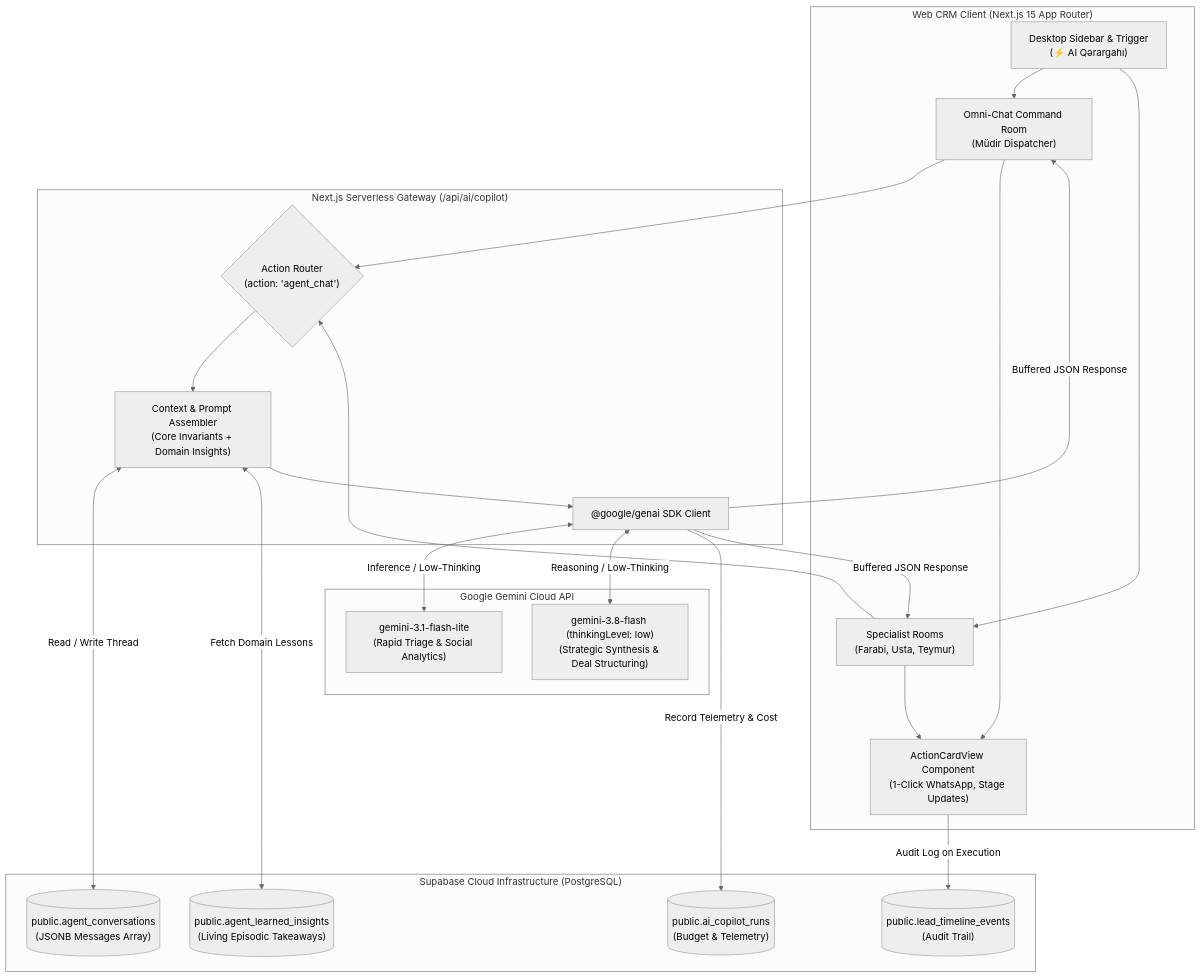
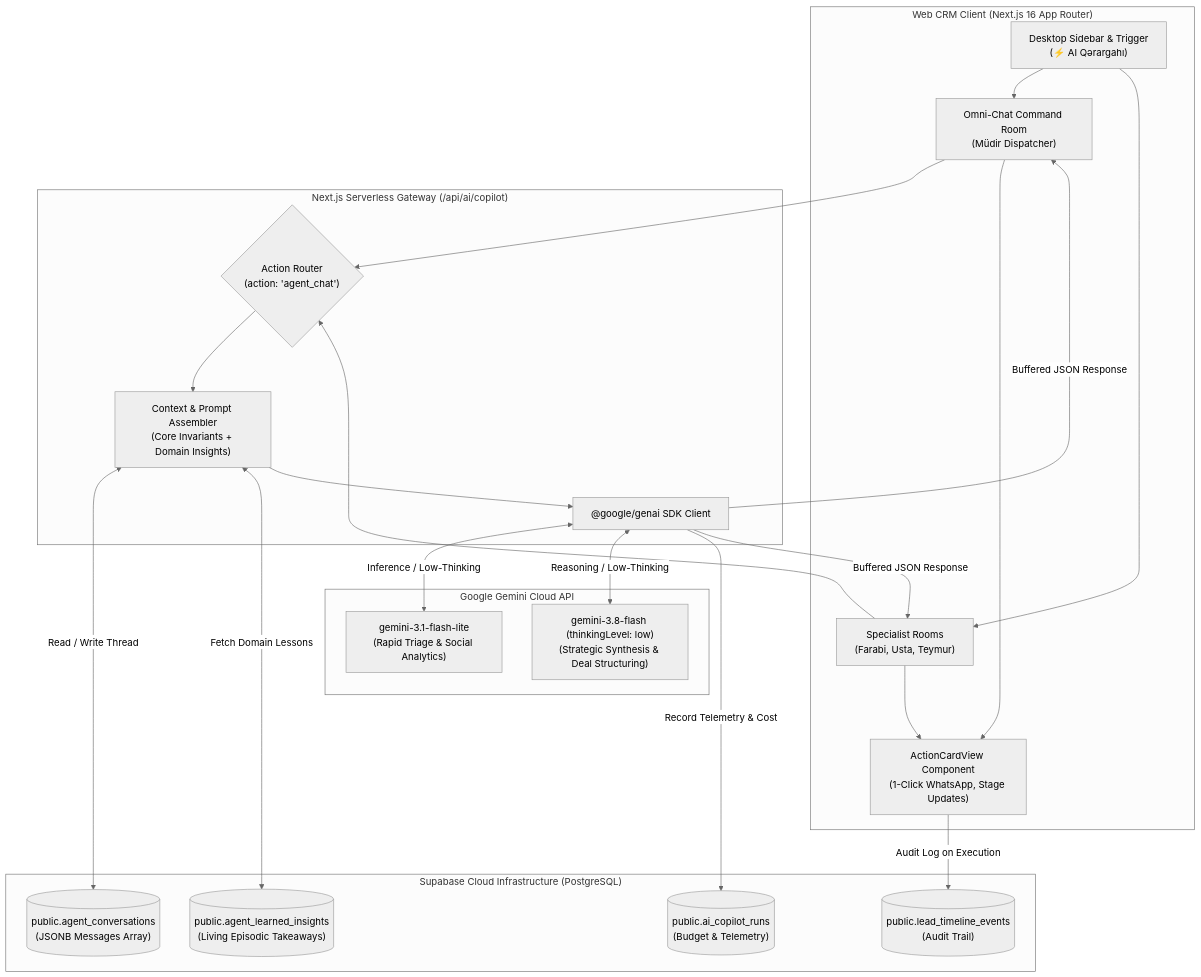
Before and after one commit to fxbluster/BakuEstate-AI: the diagram in docs/designs/baku_estate_executive_agent_hub.md, drawn with Mermaid (neutral theme). The commit also changed other lines of this file and 10 other files, not shown here.

````diff
--- a/docs/designs/baku_estate_executive_agent_hub.md
+++ b/docs/designs/baku_estate_executive_agent_hub.md
@@ -57,44 +57,44 @@
 ```mermaid
 flowchart TD
-    subgraph Client["Web CRM Client (Next.js 15 App Router)"]
+    subgraph Client["Web CRM Client (Next.js 16 App Router)"]
         Sidebar["Desktop Sidebar & Trigger\n(⚡ AI Qərargahı)"]
         OmniChat["Omni-Chat Command Room\n(Müdir Dispatcher)"]
         SpecRooms["Specialist Rooms\n(Farabi, Usta, Teymur)"]
         ActionCardView["ActionCardView Component\n(1-Click WhatsApp, Stage Updates)"]
     end
 
     subgraph Serverless["Next.js Serverless Gateway (/api/ai/copilot)"]
         Router{"Action Router\n(action: 'agent_chat')"}
         PromptBuilder["Context & Prompt Assembler\n(Core Invariants + Domain Insights)"]
         GenAISDK["@google/genai SDK Client"]
     end
 
     subgraph GoogleCloud["Google Gemini Cloud API"]
         FastTier["gemini-3.1-flash-lite\n(Rapid Triage & Social Analytics)"]
         StrongTier["gemini-3.8-flash (thinkingLevel: low)\n(Strategic Synthesis & Deal Structuring)"]
     end
 
     subgraph Supabase["Supabase Cloud Infrastructure (PostgreSQL)"]
         Convs[("public.agent_conversations\n(JSONB Messages Array)")]
         Insights[("public.agent_learned_insights\n(Living Episodic Takeaways)")]
         Ledger[("public.ai_copilot_runs\n(Budget & Telemetry)")]
         Timeline[("public.lead_timeline_events\n(Audit Trail)")]
     end
 
     Sidebar --> OmniChat
     Sidebar --> SpecRooms
     OmniChat --> Router
     SpecRooms --> Router
     Router --> PromptBuilder
     PromptBuilder <-->|Read / Write Thread| Convs
     PromptBuilder <-->|Fetch Domain Lessons| Insights
     PromptBuilder --> GenAISDK
     GenAISDK <-->|Inference / Low-Thinking| FastTier
     GenAISDK <-->|Reasoning / Low-Thinking| StrongTier
     GenAISDK -->|Record Telemetry & Cost| Ledger
     GenAISDK -->|Buffered JSON Response| OmniChat
     GenAISDK -->|Buffered JSON Response| SpecRooms
     OmniChat --> ActionCardView
     SpecRooms --> ActionCardView
     ActionCardView -->|Audit Log on Execution| Timeline
 ```
````
